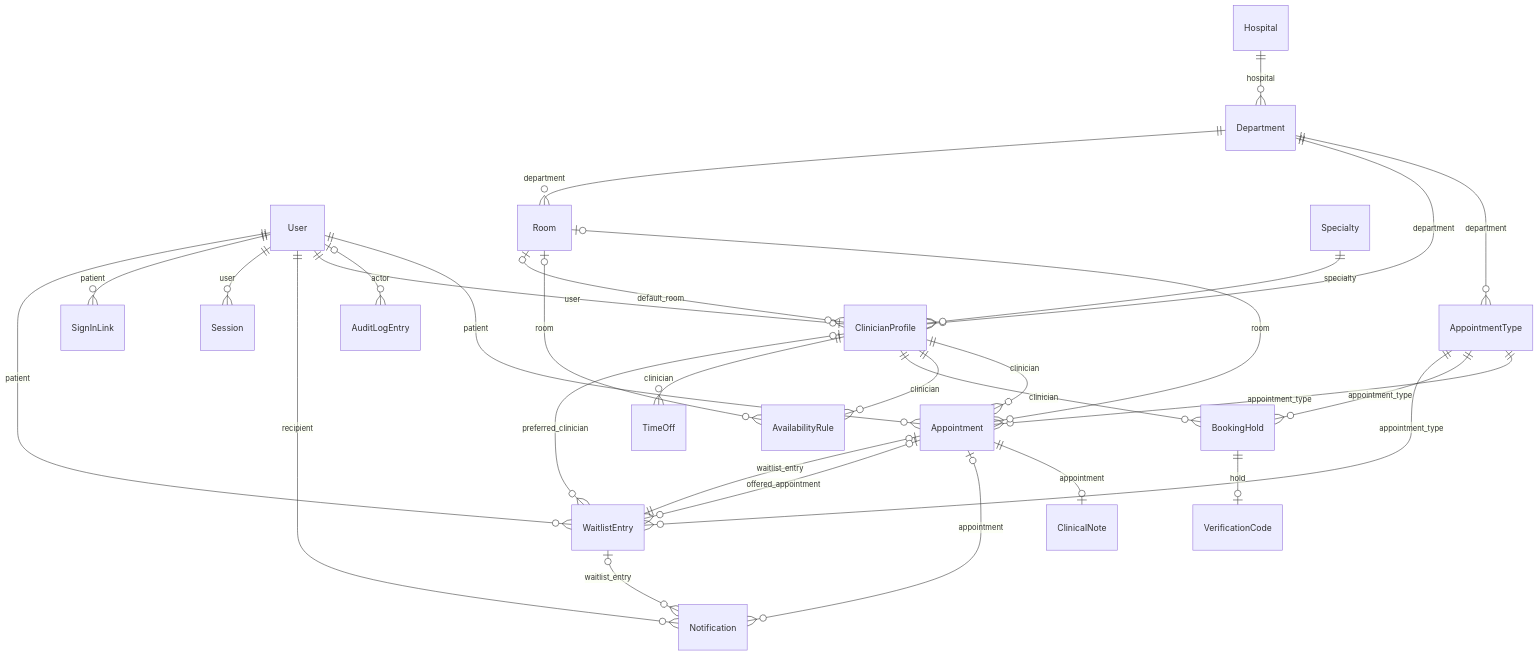
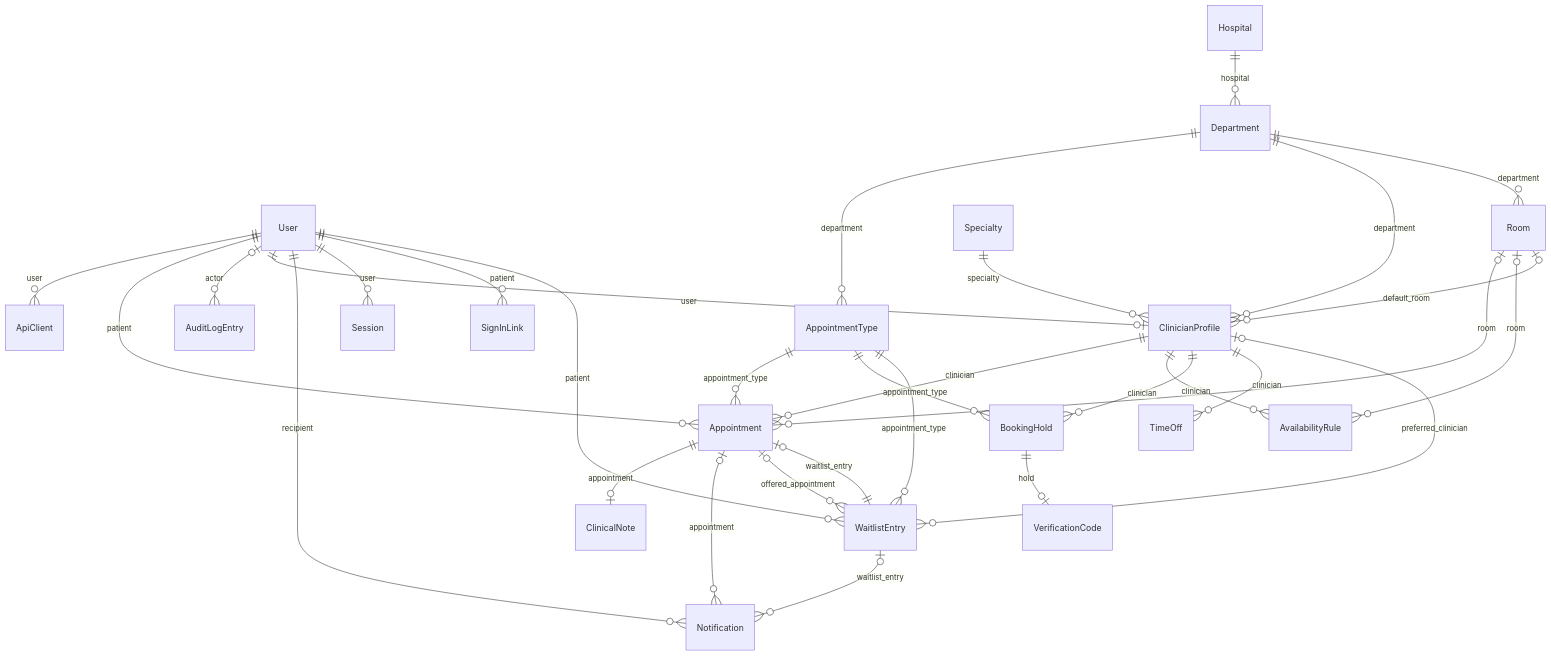
One commit to r-ichard/dr-libre-django changed the diagram in doc/data-model.md. Above: the diagram before and after it, drawn with Mermaid. The commit also changed other lines of this file and 47 other files, not shown here.

````diff
--- a/doc/data-model.md
+++ b/doc/data-model.md
@@ -12,32 +12,33 @@
 ```mermaid
 erDiagram
+    User ||--o{ ApiClient : "user"
     User ||--o{ Appointment : "patient"
     ClinicianProfile ||--o{ Appointment : "clinician"
     AppointmentType ||--o{ Appointment : "appointment_type"
     Room |o--o{ Appointment : "room"
     WaitlistEntry ||--o| Appointment : "waitlist_entry"
     Department ||--o{ AppointmentType : "department"
     User |o--o{ AuditLogEntry : "actor"
     ClinicianProfile ||--o{ AvailabilityRule : "clinician"
     Room |o--o{ AvailabilityRule : "room"
     ClinicianProfile ||--o{ BookingHold : "clinician"
     AppointmentType ||--o{ BookingHold : "appointment_type"
     Appointment ||--o| ClinicalNote : "appointment"
     User ||--o| ClinicianProfile : "user"
     Department ||--o{ ClinicianProfile : "department"
     Specialty ||--o{ ClinicianProfile : "specialty"
     Room |o--o{ ClinicianProfile : "default_room"
     Hospital ||--o{ Department : "hospital"
     User ||--o{ Notification : "recipient"
     Appointment |o--o{ Notification : "appointment"
     WaitlistEntry |o--o{ Notification : "waitlist_entry"
     Department ||--o{ Room : "department"
     User ||--o{ Session : "user"
     User ||--o{ SignInLink : "patient"
     ClinicianProfile ||--o{ TimeOff : "clinician"
     BookingHold ||--o| VerificationCode : "hold"
     User ||--o{ WaitlistEntry : "patient"
     AppointmentType ||--o{ WaitlistEntry : "appointment_type"
     ClinicianProfile |o--o{ WaitlistEntry : "preferred_clinician"
     Appointment |o--o{ WaitlistEntry : "offered_appointment"
 ```
````
